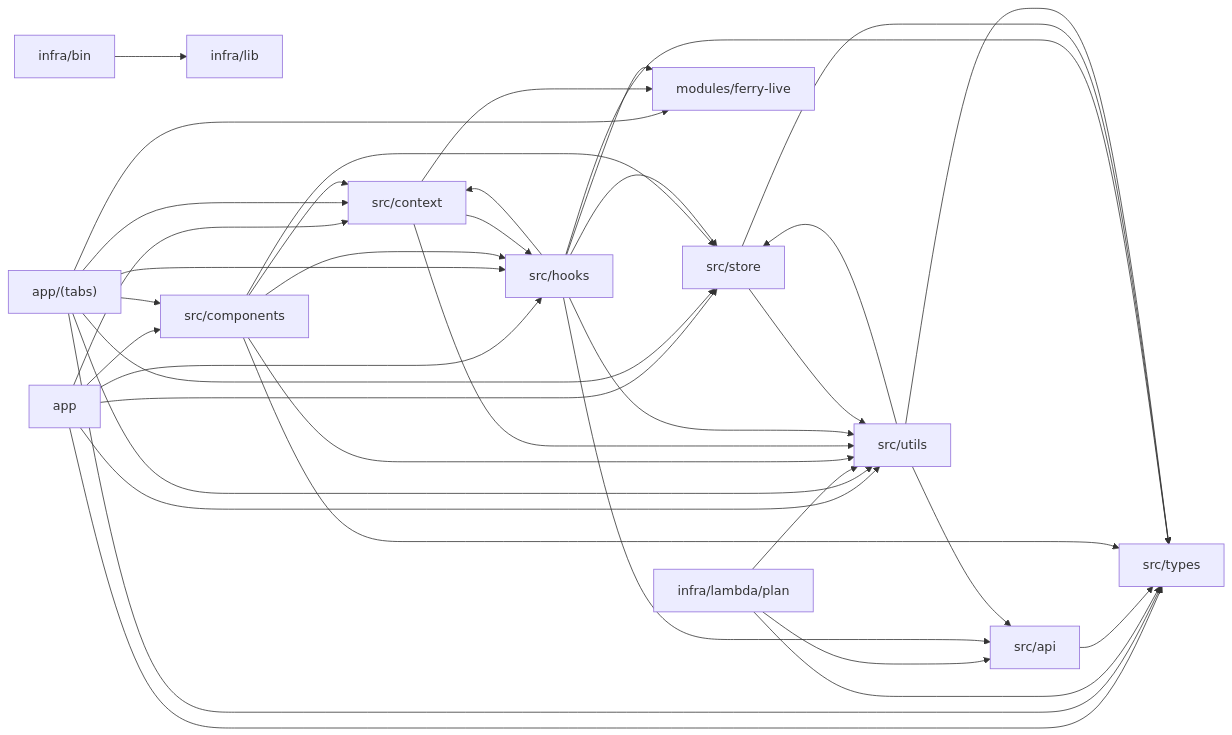
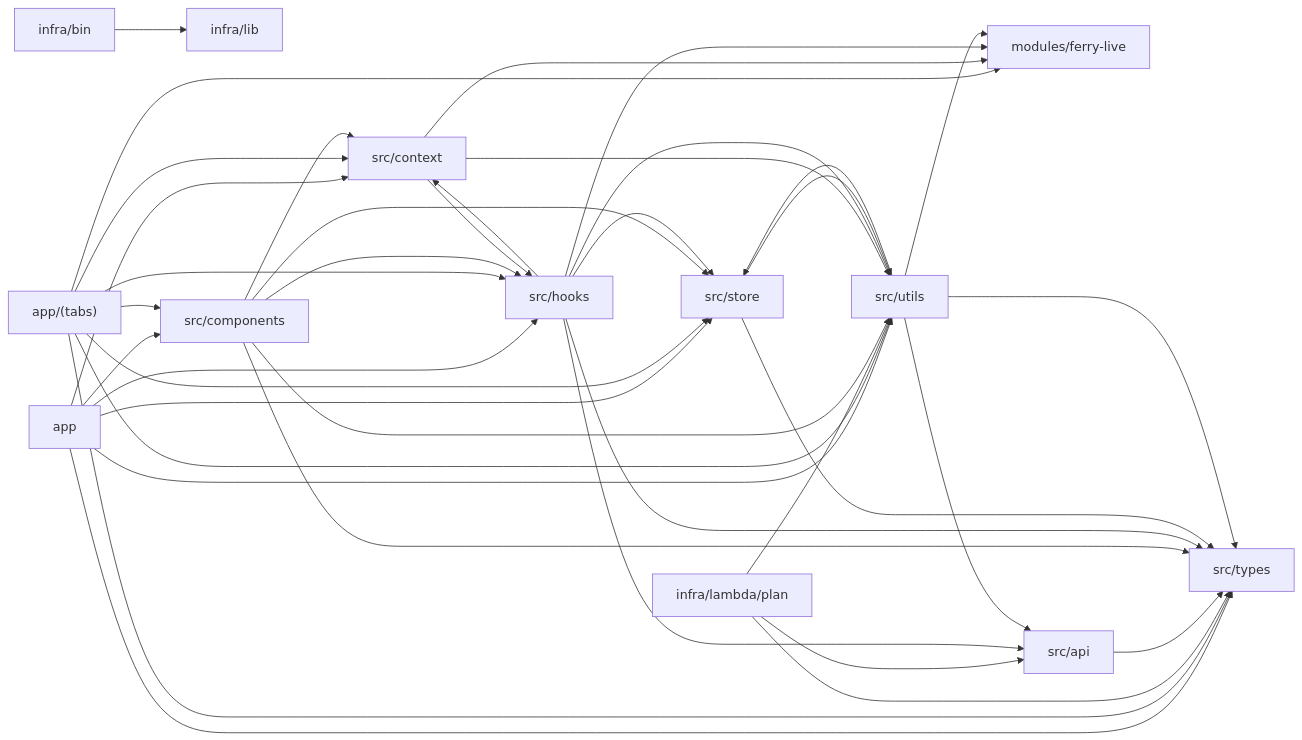
One commit to rufbulldog/ferry-tracker changed the diagram in docs/spec/_systems/architecture.md. Above: the diagram before and after it, drawn with Mermaid. The commit also changed other lines of this file and 45 other files, not shown here.

````diff
--- a/docs/spec/_systems/architecture.md
+++ b/docs/spec/_systems/architecture.md
@@ -20,53 +20,54 @@
 ```mermaid
 flowchart LR
   n_app["app"]
   n_app_tabs["app/(tabs)"]
   n_infra_bin["infra/bin"]
   n_infra_lambda_plan["infra/lambda/plan"]
   n_infra_lib["infra/lib"]
   n_modules_ferry_live["modules/ferry-live"]
   n_src_api["src/api"]
   n_src_components["src/components"]
   n_src_context["src/context"]
   n_src_hooks["src/hooks"]
   n_src_store["src/store"]
   n_src_types["src/types"]
   n_src_utils["src/utils"]
   n_app --> n_src_components
   n_app --> n_src_context
   n_app --> n_src_hooks
   n_app --> n_src_store
   n_app --> n_src_types
   n_app --> n_src_utils
   n_app_tabs --> n_modules_ferry_live
   n_app_tabs --> n_src_components
   n_app_tabs --> n_src_context
   n_app_tabs --> n_src_hooks
   n_app_tabs --> n_src_store
   n_app_tabs --> n_src_types
   n_app_tabs --> n_src_utils
   n_infra_bin --> n_infra_lib
   n_infra_lambda_plan --> n_src_api
   n_infra_lambda_plan --> n_src_types
   n_infra_lambda_plan --> n_src_utils
   n_src_api --> n_src_types
   n_src_components --> n_src_context
   n_src_components --> n_src_hooks
   n_src_components --> n_src_store
   n_src_components --> n_src_types
   n_src_components --> n_src_utils
   n_src_context --> n_modules_ferry_live
   n_src_context --> n_src_hooks
   n_src_context --> n_src_utils
   n_src_hooks --> n_modules_ferry_live
   n_src_hooks --> n_src_api
   n_src_hooks --> n_src_context
   n_src_hooks --> n_src_store
   n_src_hooks --> n_src_types
   n_src_hooks --> n_src_utils
   n_src_store --> n_src_types
   n_src_store --> n_src_utils
+  n_src_utils --> n_modules_ferry_live
   n_src_utils --> n_src_api
   n_src_utils --> n_src_store
   n_src_utils --> n_src_types
 ```
````
